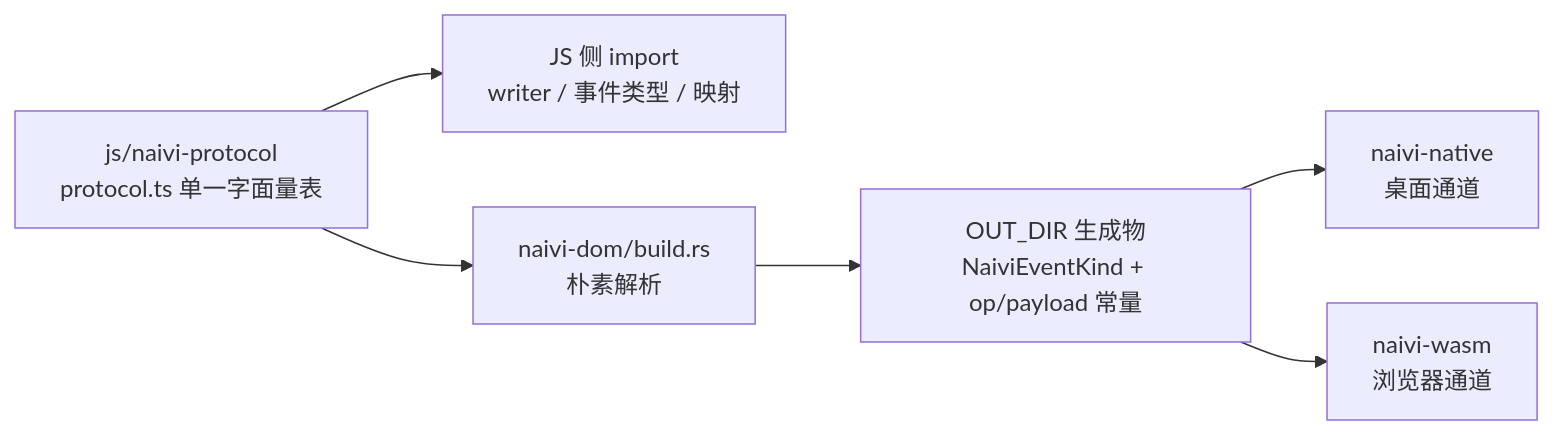
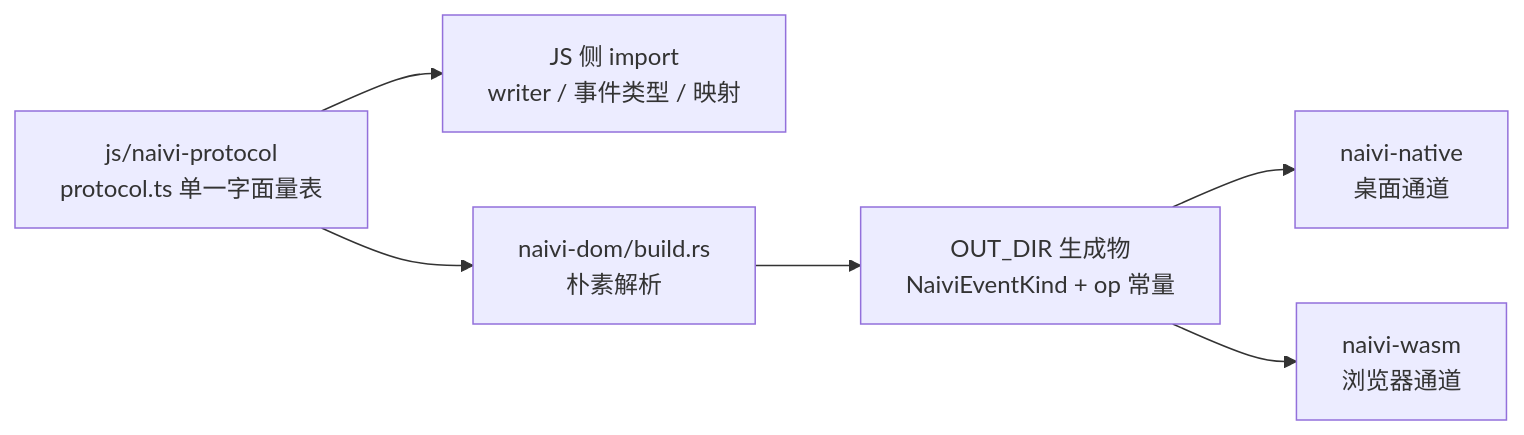
The first of 4 diagrams in docs/plans/2026-08-12-074-feat-ts-sot-binary-frame-plan.md (WaiSiuKei/naivi), drawn with Mermaid before and after one commit. The commit also changed other lines of this file and 2 other files, not shown here.

First line of the commit message:
naivi: root Makefile for wasm guest/host build+serve; ignore /dist

````diff
--- a/docs/plans/2026-08-12-074-feat-ts-sot-binary-frame-plan.md
+++ b/docs/plans/2026-08-12-074-feat-ts-sot-binary-frame-plan.md
@@ -62,8 +62,8 @@
 ```mermaid
 flowchart LR
   P["js/naivi-protocol<br/>protocol.ts 单一字面量表"] --> J["JS 侧 import<br/>writer / 事件类型 / 映射"]
   P --> B["naivi-dom/build.rs<br/>朴素解析"]
-  B --> G["OUT_DIR 生成物<br/>NaiviEventKind + op/payload 常量"]
+  B --> G["OUT_DIR 生成物<br/>NaiviEventKind + op 常量"]
   G --> N["naivi-native<br/>桌面通道"]
   G --> W["naivi-wasm<br/>浏览器通道"]
 ```
````
